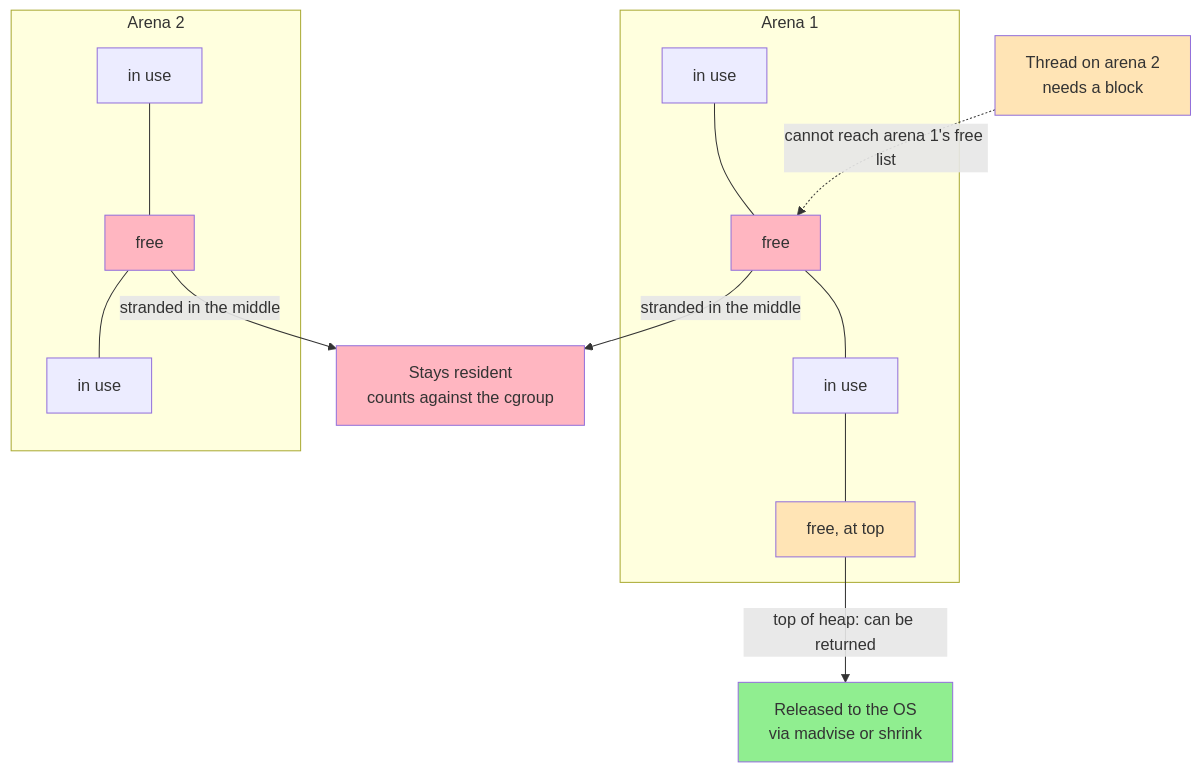
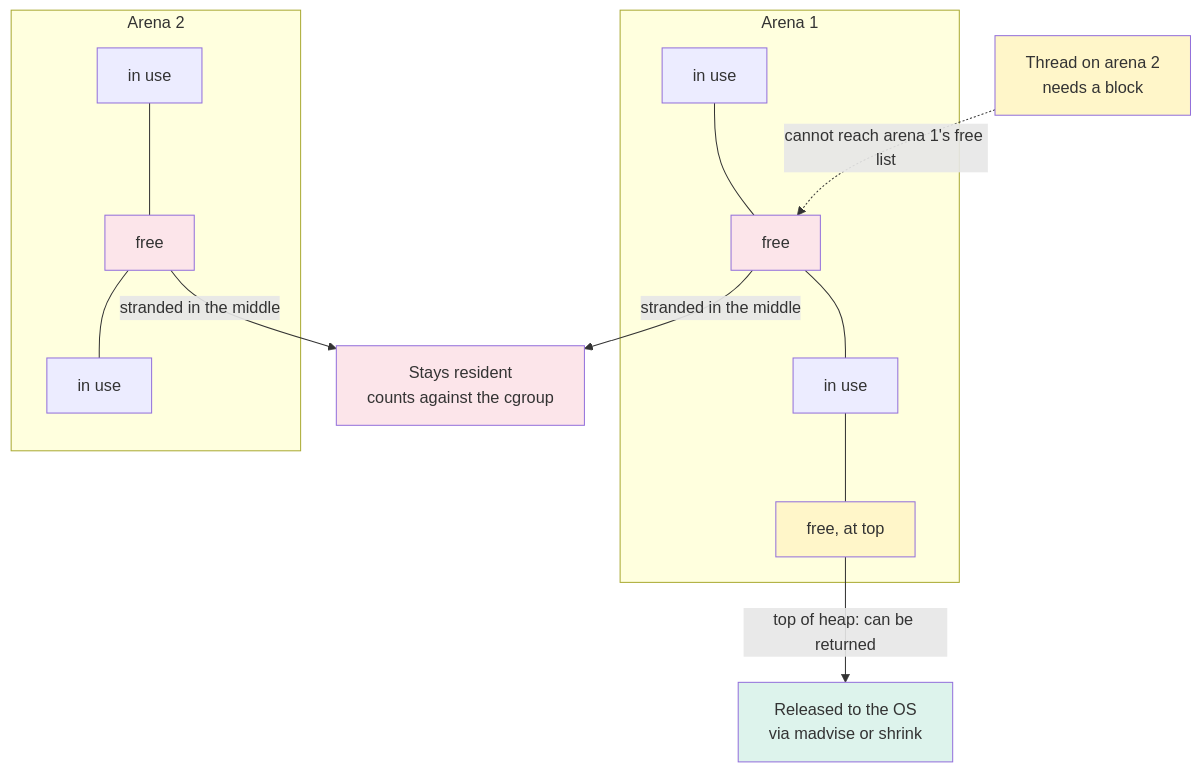
The third of 4 diagrams in LLD/SystemDesign/IntheWild/WhyOurEksPodsKeptGettingOomKilled.md (cartmancodes/InterviewVault), drawn with Mermaid before and after one commit. The commit also changed other lines of this file and 679 other files, not shown here.

Commit message:
Unify content diagrams and add accessible visual walkthroughs

````diff
--- a/LLD/SystemDesign/IntheWild/WhyOurEksPodsKeptGettingOomKilled.md
+++ b/LLD/SystemDesign/IntheWild/WhyOurEksPodsKeptGettingOomKilled.md
@@ -128,20 +128,20 @@
 ```mermaid
 flowchart TB
     subgraph A1["Arena 1"]
       U1["in use"] --- F1["free"] --- U2["in use"] --- F2["free, at top"]
     end
     subgraph A2["Arena 2"]
       U3["in use"] --- F3["free"] --- U4["in use"]
     end
     F2 -->|"top of heap: can be returned"| OS["Released to the OS<br/>via madvise or shrink"]
     F1 -->|"stranded in the middle"| RES["Stays resident<br/>counts against the cgroup"]
     F3 -->|"stranded in the middle"| RES
     NEED["Thread on arena 2<br/>needs a block"] -.->|"cannot reach arena 1's free list"| F1
 
-    classDef good fill:#90EE90
-    classDef bad fill:#FFB6C1
-    classDef warn fill:#FFE4B5
+    classDef good fill:#DDF3EC
+    classDef bad fill:#FCE5EA
+    classDef warn fill:#FFF6C9
     class OS good
     class RES,F1,F3 bad
     class F2,NEED warn
 ```
````
